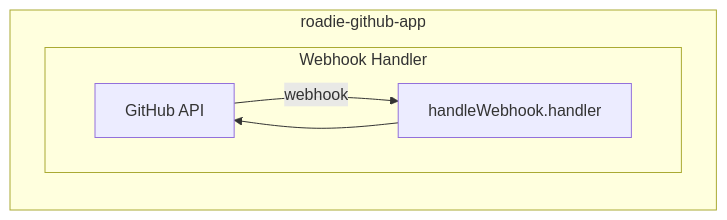
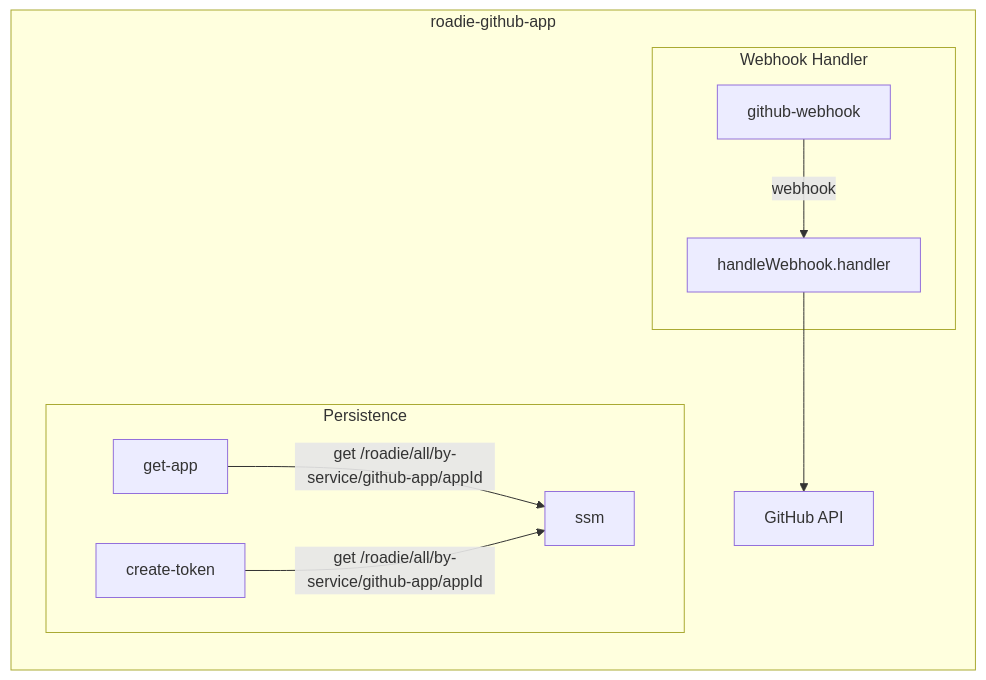
One commit to RoadieHQ/sample-service changed the second of 2 diagrams in docs/feature-testing.md. Above: the diagram before and after it, drawn with Mermaid.

````diff
--- a/docs/feature-testing.md
+++ b/docs/feature-testing.md
@@ -67,9 +67,14 @@
-```mermaid
-graph LR
-  subgraph roadie-github-app
-    subgraph Webhook Handler
-      github -->|webhook| webhook-handler[handleWebhook.handler]
+```mermaid %%{init: {'theme':'base'}}%%
+ graph LR
+    subgraph roadie-github-app
+        subgraph Webhook Handler
+            github-webhook -->|webhook| webhook-handler[handleWebhook.handler]
+        end
+
+        subgraph Persistence
+            get-app -->|get /roadie/all/by-service/github-app/appId| ssm
+            create-token -->|get /roadie/all/by-service/github-app/appId| ssm
+        end
+        webhook-handler --> github-api[GitHub API]
     end
-    webhook-handler --> github[GitHub API]
-  end
 ```
````
